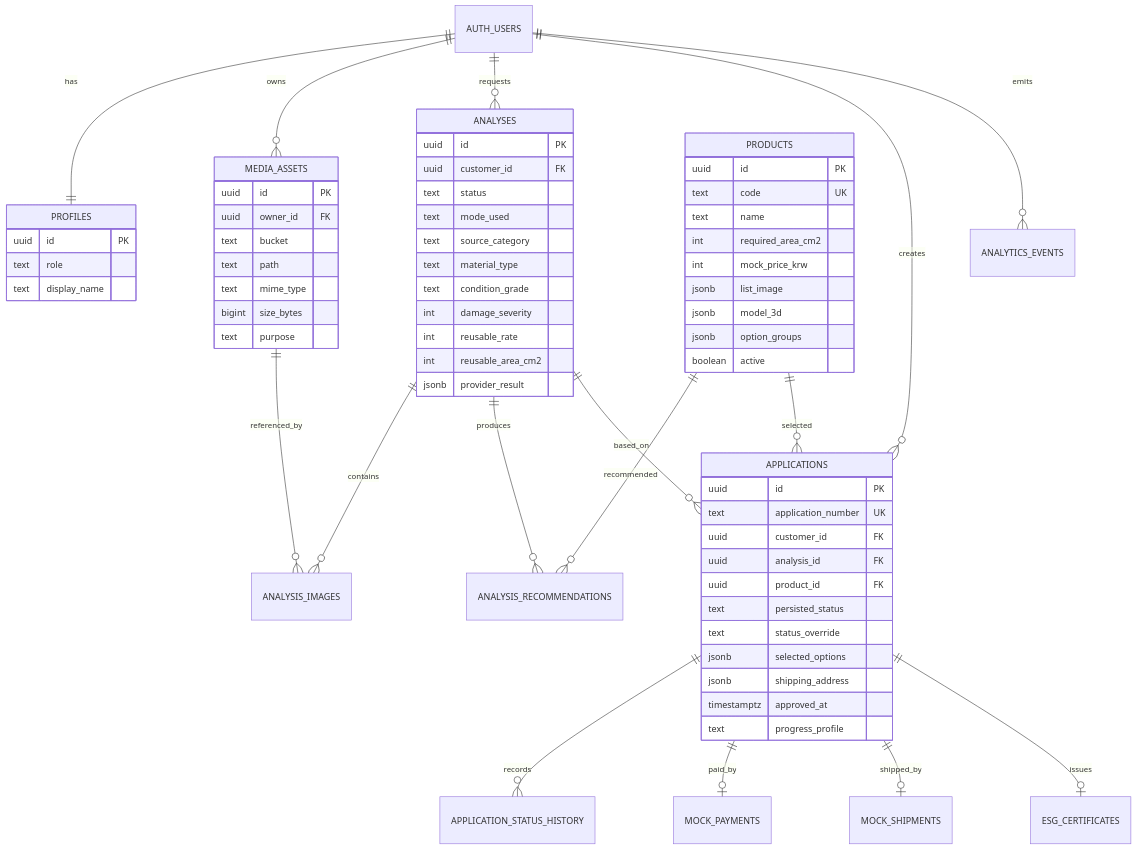
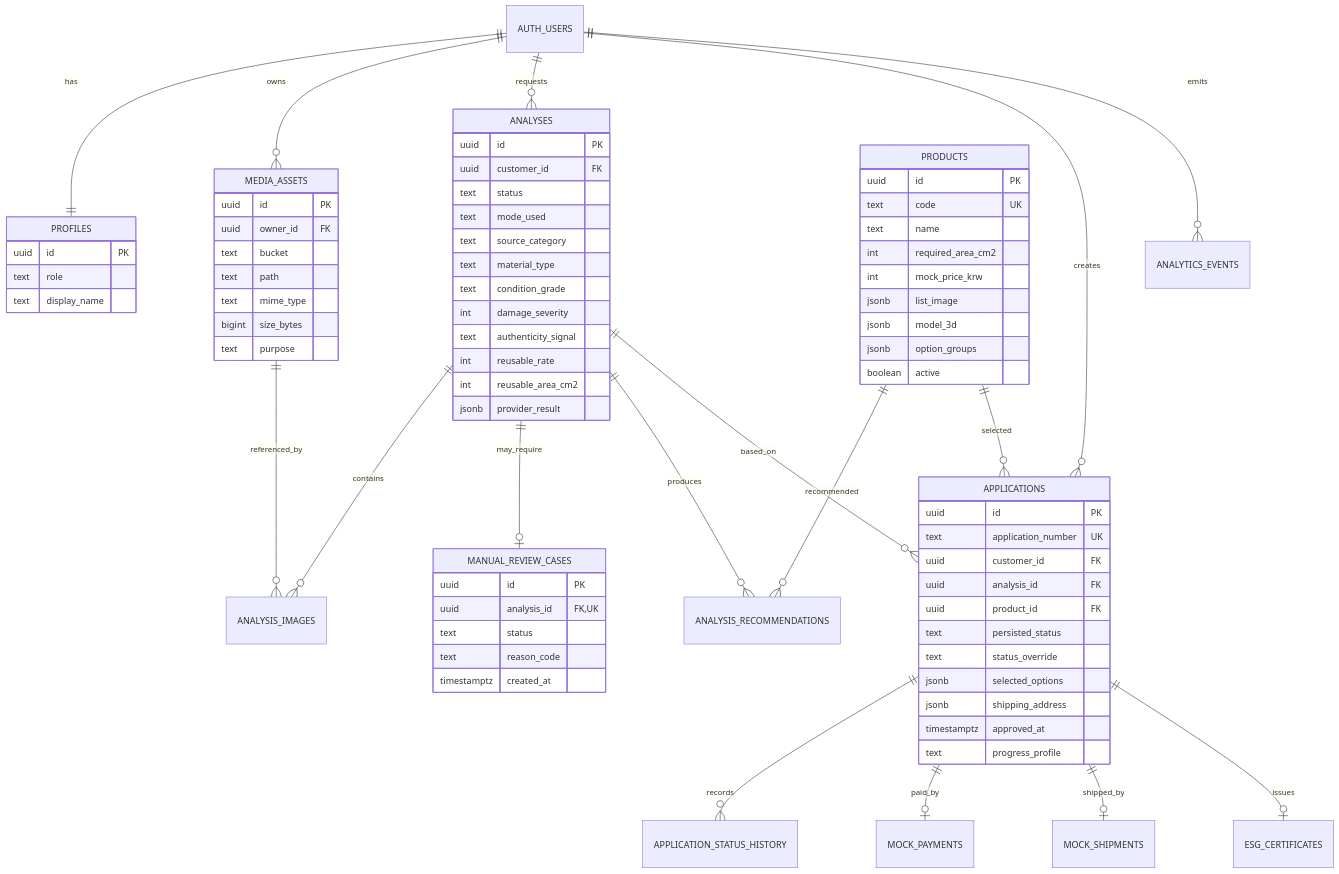
One commit to MCM-RE-BORN/mcm-reborn-hackathon changed the third of 3 diagrams in MCM_REBORN_API_GUIDE.md. Above: the diagram before and after it, drawn with Mermaid. The commit also changed other lines of this file and 7 other files, not shown here.

````diff
--- a/MCM_REBORN_API_GUIDE.md
+++ b/MCM_REBORN_API_GUIDE.md
@@ -1190,70 +1263,79 @@
 ```mermaid
 erDiagram
     AUTH_USERS ||--|| PROFILES : has
     AUTH_USERS ||--o{ MEDIA_ASSETS : owns
     AUTH_USERS ||--o{ ANALYSES : requests
     ANALYSES ||--o{ ANALYSIS_IMAGES : contains
     MEDIA_ASSETS ||--o{ ANALYSIS_IMAGES : referenced_by
+    ANALYSES ||--o| MANUAL_REVIEW_CASES : may_require
     ANALYSES ||--o{ ANALYSIS_RECOMMENDATIONS : produces
     PRODUCTS ||--o{ ANALYSIS_RECOMMENDATIONS : recommended
     AUTH_USERS ||--o{ APPLICATIONS : creates
     ANALYSES ||--o{ APPLICATIONS : based_on
     PRODUCTS ||--o{ APPLICATIONS : selected
     APPLICATIONS ||--o{ APPLICATION_STATUS_HISTORY : records
     APPLICATIONS ||--o| MOCK_PAYMENTS : paid_by
     APPLICATIONS ||--o| MOCK_SHIPMENTS : shipped_by
     APPLICATIONS ||--o| ESG_CERTIFICATES : issues
     AUTH_USERS ||--o{ ANALYTICS_EVENTS : emits
 
     PROFILES {
       uuid id PK
       text role
       text display_name
     }
     MEDIA_ASSETS {
       uuid id PK
       uuid owner_id FK
       text bucket
       text path
       text mime_type
       bigint size_bytes
       text purpose
     }
     ANALYSES {
       uuid id PK
       uuid customer_id FK
       text status
       text mode_used
       text source_category
       text material_type
       text condition_grade
       int damage_severity
+      text authenticity_signal
       int reusable_rate
       int reusable_area_cm2
       jsonb provider_result
+    }
+    MANUAL_REVIEW_CASES {
+      uuid id PK
+      uuid analysis_id FK,UK
+      text status
+      text reason_code
+      timestamptz created_at
     }
     PRODUCTS {
       uuid id PK
       text code UK
       text name
       int required_area_cm2
       int mock_price_krw
       jsonb list_image
       jsonb model_3d
       jsonb option_groups
       boolean active
     }
     APPLICATIONS {
       uuid id PK
       text application_number UK
       uuid customer_id FK
       uuid analysis_id FK
       uuid product_id FK
       text persisted_status
       text status_override
       jsonb selected_options
       jsonb shipping_address
       timestamptz approved_at
       text progress_profile
     }
 ```
````
